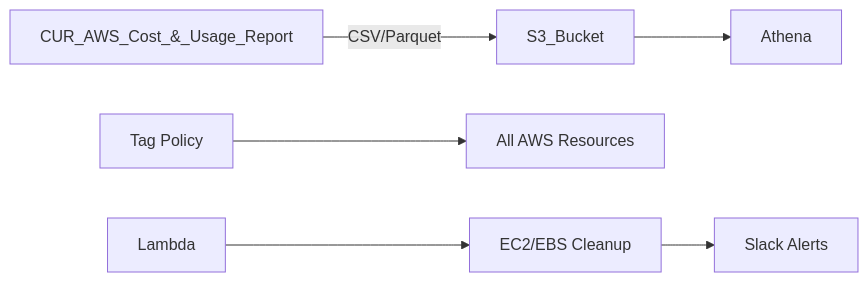
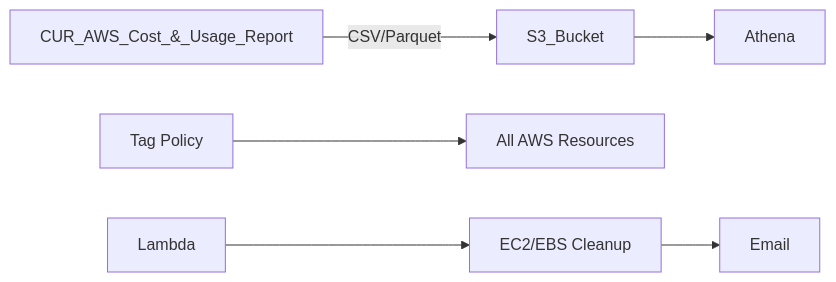
Before and after one commit to Ajeya10/submission-1234: the diagram in README.md, drawn with Mermaid. The commit also changed other lines of this file, not shown here.

````diff
--- a/README.md
+++ b/README.md
@@ -41,8 +41,8 @@
 ```mermaid
 graph LR
     A[CUR_AWS_Cost_&_Usage_Report] -->|CSV/Parquet| B[S3_Bucket]
     B --> C[Athena]
     D[Tag Policy] --> E[All AWS Resources]
     F[Lambda] --> G[EC2/EBS Cleanup]
-    G --> H[Slack Alerts]
+    G --> H[Email]
 ```
````
